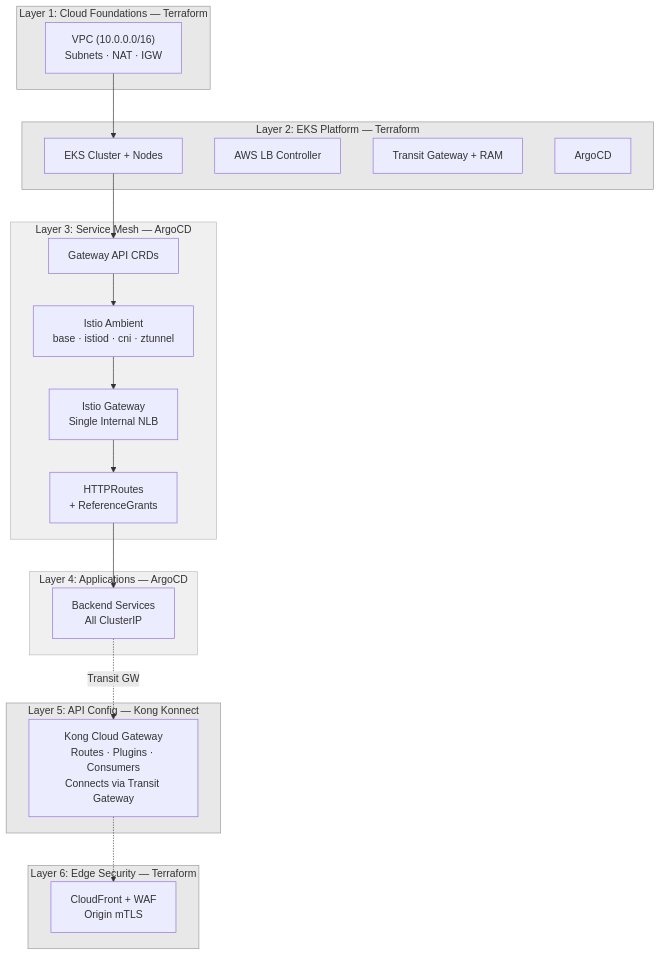
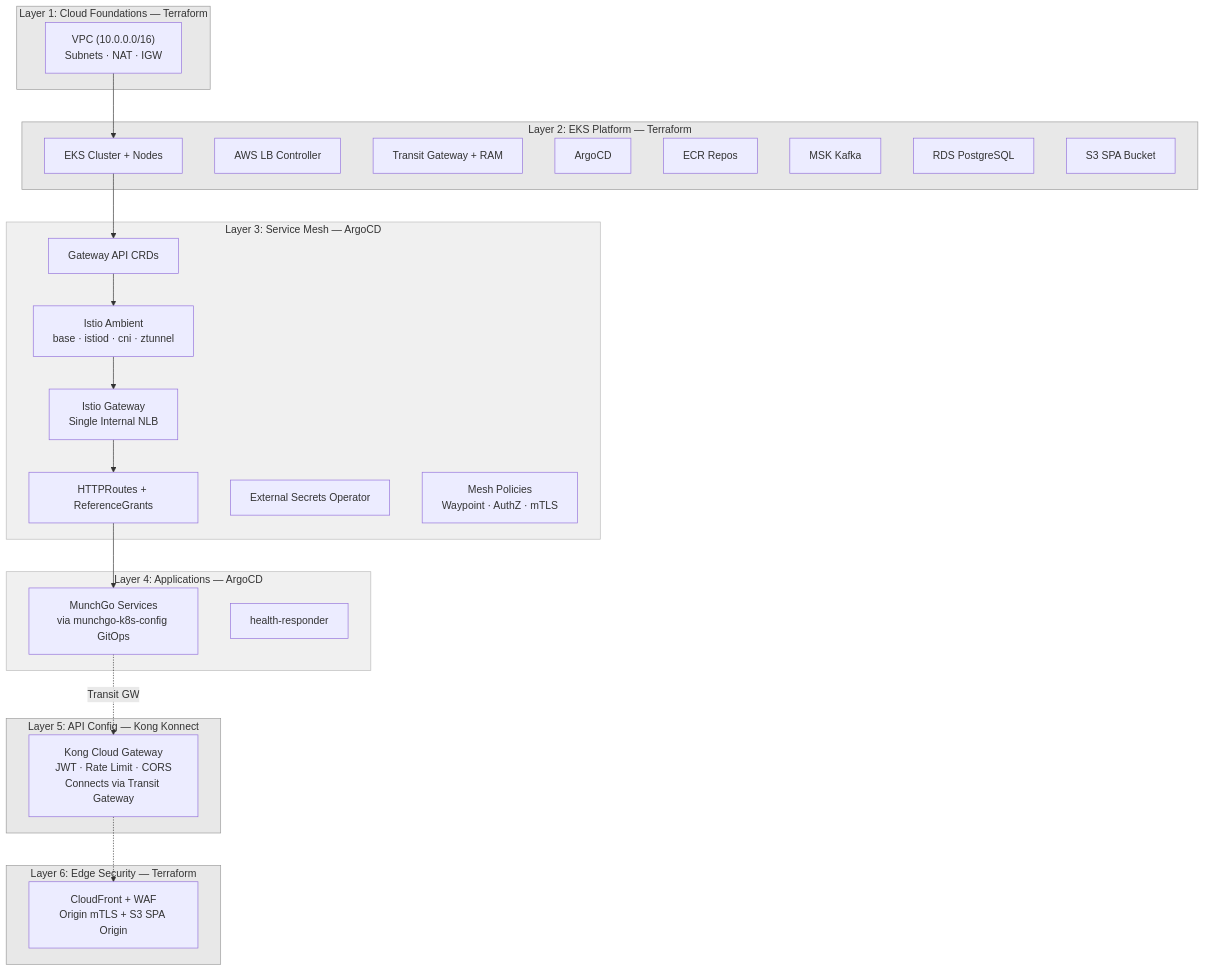
One commit to shanaka-versent/Kong-Konnect-Cloud-Gateway-on-EKS changed diagram 12 of 13 in README.md. Above: the diagram before and after it, drawn with Mermaid. The commit also changed other lines of this file and 41 other files, not shown here.

First line of the commit message:
Deploy MunchGo microservices platform with Istio Ambient Service Mesh

````diff
--- a/README.md
+++ b/README.md
@@ -315,48 +683,55 @@
 ```mermaid
 graph TB
     subgraph L1 ["Layer 1: Cloud Foundations — Terraform"]
         VPC["VPC (10.0.0.0/16)<br/>Subnets · NAT · IGW"]
     end
 
     subgraph L2 ["Layer 2: EKS Platform — Terraform"]
-        EKS[EKS Cluster + Nodes]
-        LBC[AWS LB Controller]
-        TGW2[Transit Gateway + RAM]
-        ArgoCD2[ArgoCD]
+        EKS2[EKS Cluster + Nodes]
+        LBC3[AWS LB Controller]
+        TGW3[Transit Gateway + RAM]
+        ArgoCD3[ArgoCD]
+        ECR2[ECR Repos]
+        MSK3[MSK Kafka]
+        RDS3[RDS PostgreSQL]
+        SPA[S3 SPA Bucket]
     end
 
     subgraph L3 ["Layer 3: Service Mesh — ArgoCD"]
-        CRDs[Gateway API CRDs]
-        Istio[Istio Ambient<br/>base · istiod · cni · ztunnel]
-        GW[Istio Gateway<br/>Single Internal NLB]
-        Routes[HTTPRoutes<br/>+ ReferenceGrants]
+        CRDs2[Gateway API CRDs]
+        Istio2[Istio Ambient<br/>base · istiod · cni · ztunnel]
+        GW3[Istio Gateway<br/>Single Internal NLB]
+        Routes2[HTTPRoutes + ReferenceGrants]
+        ESO[External Secrets Operator]
+        MeshPol[Mesh Policies<br/>Waypoint · AuthZ · mTLS]
     end
 
     subgraph L4 ["Layer 4: Applications — ArgoCD"]
-        Apps[Backend Services<br/>All ClusterIP]
+        MunchGoApps[MunchGo Services<br/>via munchgo-k8s-config GitOps]
+        HealthApp[health-responder]
     end
 
     subgraph L5 ["Layer 5: API Config — Kong Konnect"]
-        KongGW[Kong Cloud Gateway<br/>Routes · Plugins · Consumers<br/>Connects via Transit Gateway]
+        KongGW2[Kong Cloud Gateway<br/>JWT · Rate Limit · CORS<br/>Connects via Transit Gateway]
     end
 
     subgraph L6 ["Layer 6: Edge Security — Terraform"]
-        CFront[CloudFront + WAF<br/>Origin mTLS]
+        CFront2[CloudFront + WAF<br/>Origin mTLS + S3 SPA Origin]
     end
 
-    VPC --> EKS
-    EKS --> CRDs
-    CRDs --> Istio
-    Istio --> GW
-    GW --> Routes
-    Routes --> Apps
-    Apps -.->|Transit GW| KongGW
-    KongGW -.-> CFront
+    VPC --> EKS2
+    EKS2 --> CRDs2
+    CRDs2 --> Istio2
+    Istio2 --> GW3
+    GW3 --> Routes2
+    Routes2 --> MunchGoApps
+    MunchGoApps -.->|Transit GW| KongGW2
+    KongGW2 -.-> CFront2
 
     style L1 fill:#E8E8E8,stroke:#999,color:#333
     style L2 fill:#E8E8E8,stroke:#999,color:#333
     style L3 fill:#F0F0F0,stroke:#BBB,color:#333
     style L4 fill:#F0F0F0,stroke:#BBB,color:#333
     style L5 fill:#E8E8E8,stroke:#999,color:#333
     style L6 fill:#E8E8E8,stroke:#999,color:#333
 ```
````
